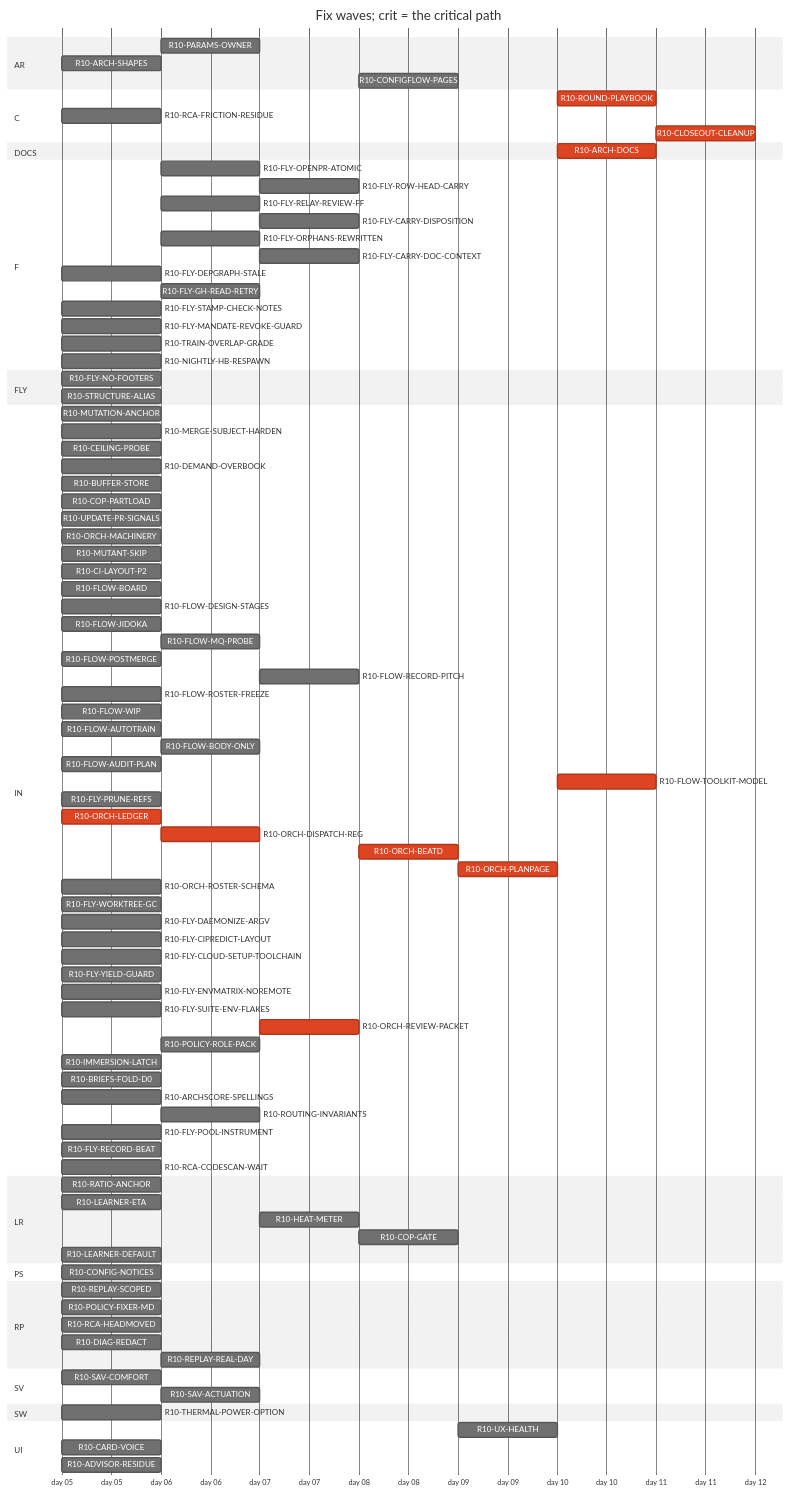
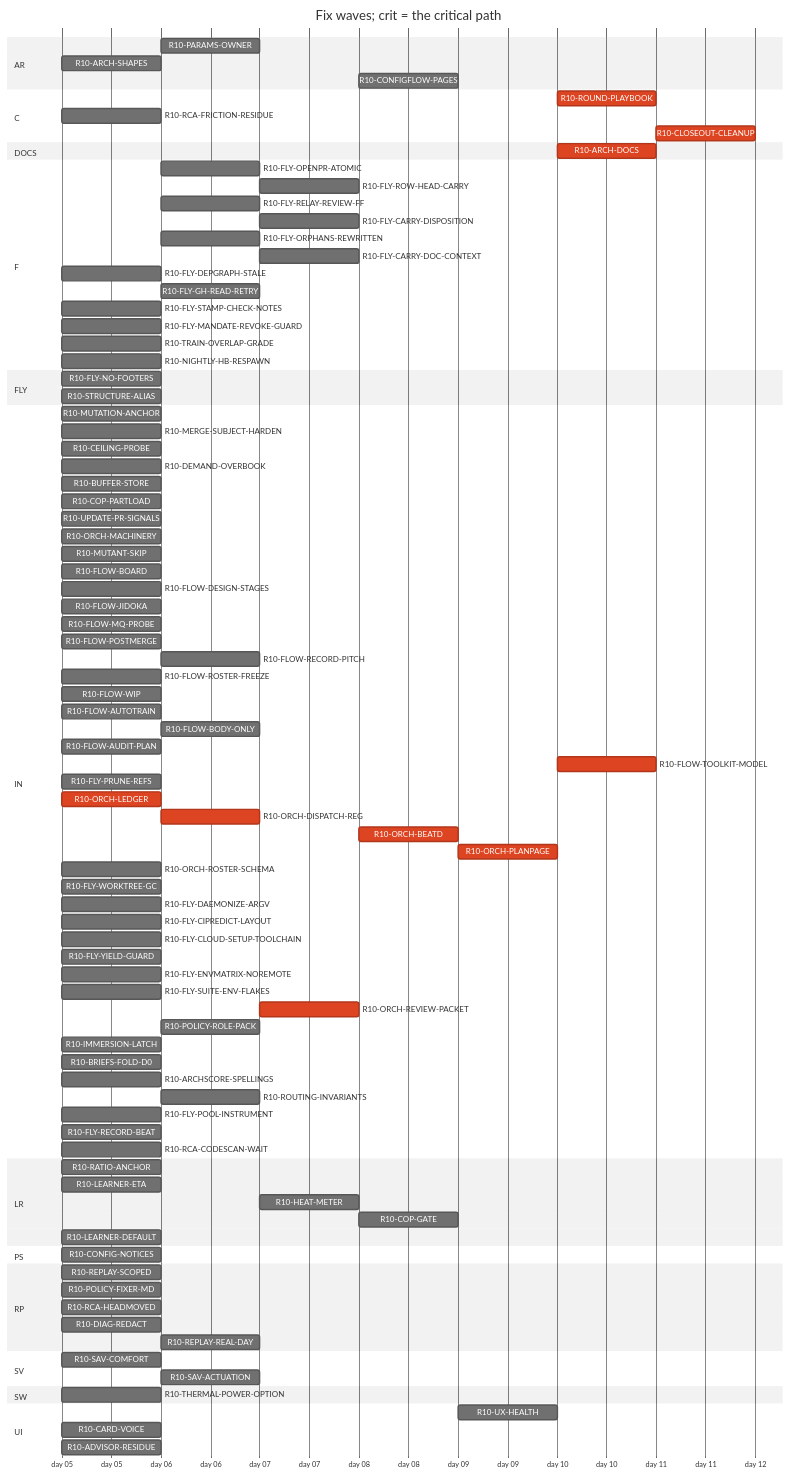
One commit to tvofi/heatpump_optimizer changed the diagram in handoff/round10/state/PLAN-TABLE.md. Above: the diagram before and after it, drawn with Mermaid (neutral theme). The commit also changed other lines of this file and 2 other files, not shown here.

```diff
--- a/handoff/round10/state/PLAN-TABLE.md
+++ b/handoff/round10/state/PLAN-TABLE.md
@@ -32,14 +32,14 @@
     R10-ARCH-SHAPES :r10ARCHSHAPES, 2026-01-05, 1d
     R10-CONFIGFLOW-PAGES :r10CONFIGFLOWPAGES, after r10HEATMETER, 1d
   section C
-    R10-ROUND-PLAYBOOK :crit, r10ROUNDPLAYBOOK, after r10FLOWAUDITPLAN r10ORCHLEDGER r10ORCHDISPATCHREG r10ORCHBEATD r10ORCHPLANPAGE r10FLOWAUTOTRAIN r10CILAYOUTP2 r10FLYRELAYREVIEWFF r10FLOWROSTERFREEZE r10FLOWBODYONLY r10ARCHDOCS, 1d
+    R10-ROUND-PLAYBOOK :crit, r10ROUNDPLAYBOOK, after r10FLOWAUDITPLAN r10ORCHLEDGER r10ORCHDISPATCHREG r10ORCHBEATD r10ORCHPLANPAGE r10FLOWAUTOTRAIN r10FLYRELAYREVIEWFF r10FLOWROSTERFREEZE r10FLOWBODYONLY r10ARCHDOCS, 1d
     R10-RCA-FRICTION-RESIDUE :r10RCAFRICTIONRESIDUE, 2026-01-05, 1d
     R10-CLOSEOUT-CLEANUP :crit, r10CLOSEOUTCLEANUP, after r10FLYPRUNEREFS r10FLYWORKTREEGC r10ARCHDOCS r10ROUNDPLAYBOOK, 1d
   section DOCS
-    R10-ARCH-DOCS :crit, r10ARCHDOCS, after r10RATIOANCHOR r10CONFIGNOTICES r10PARAMSOWNER r10ARCHSHAPES r10LEARNERETA r10HEATMETER r10COPGATE r10UXHEALTH r10CONFIGFLOWPAGES r10REPLAYSCOPED r10POLICYFIXERMD r10RCAHEADMOVED r10SAVCOMFORT r10MUTATIONANCHOR r10MERGESUBJECTHARDEN r10CEILINGPROBE r10DEMANDOVERBOOK r10BUFFERSTORE r10COPPARTLOAD r10UPDATEPRSIGNALS r10CARDVOICE r10THERMALPOWEROPTION r10LEARNERDEFAULT r10MUTANTSKIP r10CILAYOUTP2 r10FLOWBOARD r10FLOWDESIGNSTAGES r10FLOWJIDOKA r10FLOWMQPROBE r10FLOWPOSTMERGE r10FLOWRECORDPITCH r10FLOWROSTERFREEZE r10FLOWWIP r10FLOWAUTOTRAIN r10FLOWBODYONLY r10FLYOPENPRATOMIC r10FLYROWHEADCARRY r10FLOWAUDITPLAN r10FLYRELAYREVIEWFF r10FLYCARRYDISPOSITION r10FLYORPHANSREWRITTEN r10FLYCARRYDOCCONTEXT r10FLYDEPGRAPHSTALE r10FLOWTOOLKITMODEL r10FLYSTAMPCHECKNOTES r10FLYMANDATEREVOKEGUARD r10RCAFRICTIONRESIDUE r10TRAINOVERLAPGRADE r10NIGHTLYHBRESPAWN r10FLYPRUNEREFS r10ORCHLEDGER r10ORCHDISPATCHREG r10ORCHBEATD r10ORCHPLANPAGE r10ORCHROSTERSCHEMA r10FLYWORKTREEGC r10FLYDAEMONIZEARGV r10FLYCIPREDICTLAYOUT r10FLYCLOUDSETUPTOOLCHAIN r10FLYYIELDGUARD r10FLYENVMATRIXNOREMOTE r10STRUCTUREALIAS r10ORCHREVIEWPACKET r10POLICYROLEPACK r10IMMERSIONLATCH r10DIAGREDACT r10ADVISORRESIDUE r10BRIEFSFOLDD0 r10REPLAYREALDAY r10ARCHSCORESPELLINGS r10ROUTINGINVARIANTS r10SAVACTUATION r10FLYPOOLINSTRUMENT r10FLYRECORDBEAT r10RCACODESCANWAIT, 1d
+    R10-ARCH-DOCS :crit, r10ARCHDOCS, after r10RATIOANCHOR r10CONFIGNOTICES r10PARAMSOWNER r10ARCHSHAPES r10LEARNERETA r10HEATMETER r10COPGATE r10UXHEALTH r10CONFIGFLOWPAGES r10REPLAYSCOPED r10POLICYFIXERMD r10RCAHEADMOVED r10SAVCOMFORT r10MUTATIONANCHOR r10MERGESUBJECTHARDEN r10CEILINGPROBE r10DEMANDOVERBOOK r10BUFFERSTORE r10COPPARTLOAD r10UPDATEPRSIGNALS r10CARDVOICE r10THERMALPOWEROPTION r10LEARNERDEFAULT r10MUTANTSKIP r10FLOWBOARD r10FLOWDESIGNSTAGES r10FLOWJIDOKA r10FLOWMQPROBE r10FLOWPOSTMERGE r10FLOWRECORDPITCH r10FLOWROSTERFREEZE r10FLOWWIP r10FLOWAUTOTRAIN r10FLOWBODYONLY r10FLYOPENPRATOMIC r10FLYROWHEADCARRY r10FLOWAUDITPLAN r10FLYRELAYREVIEWFF r10FLYCARRYDISPOSITION r10FLYORPHANSREWRITTEN r10FLYCARRYDOCCONTEXT r10FLYDEPGRAPHSTALE r10FLOWTOOLKITMODEL r10FLYSTAMPCHECKNOTES r10FLYMANDATEREVOKEGUARD r10RCAFRICTIONRESIDUE r10TRAINOVERLAPGRADE r10NIGHTLYHBRESPAWN r10FLYPRUNEREFS r10ORCHLEDGER r10ORCHDISPATCHREG r10ORCHBEATD r10ORCHPLANPAGE r10ORCHROSTERSCHEMA r10FLYWORKTREEGC r10FLYDAEMONIZEARGV r10FLYCIPREDICTLAYOUT r10FLYCLOUDSETUPTOOLCHAIN r10FLYYIELDGUARD r10FLYENVMATRIXNOREMOTE r10STRUCTUREALIAS r10ORCHREVIEWPACKET r10POLICYROLEPACK r10IMMERSIONLATCH r10DIAGREDACT r10ADVISORRESIDUE r10BRIEFSFOLDD0 r10REPLAYREALDAY r10ARCHSCORESPELLINGS r10ROUTINGINVARIANTS r10SAVACTUATION r10FLYPOOLINSTRUMENT r10FLYRECORDBEAT r10RCACODESCANWAIT, 1d
   section F
     R10-FLY-OPENPR-ATOMIC :r10FLYOPENPRATOMIC, after r10UPDATEPRSIGNALS, 1d
-    R10-FLY-ROW-HEAD-CARRY :r10FLYROWHEADCARRY, after r10CILAYOUTP2 r10FLYOPENPRATOMIC r10FLOWMQPROBE, 1d
+    R10-FLY-ROW-HEAD-CARRY :r10FLYROWHEADCARRY, after r10FLYOPENPRATOMIC r10FLOWMQPROBE, 1d
     R10-FLY-RELAY-REVIEW-FF :r10FLYRELAYREVIEWFF, after r10UPDATEPRSIGNALS, 1d
     R10-FLY-CARRY-DISPOSITION :r10FLYCARRYDISPOSITION, after r10FLYORPHANSREWRITTEN, 1d
     R10-FLY-ORPHANS-REWRITTEN :r10FLYORPHANSREWRITTEN, after r10UPDATEPRSIGNALS, 1d
@@ -63,13 +63,12 @@
     R10-UPDATE-PR-SIGNALS :r10UPDATEPRSIGNALS, 2026-01-05, 1d
     R10-ORCH-MACHINERY :r10ORCHMACHINERY, 2026-01-05, 1d
     R10-MUTANT-SKIP :r10MUTANTSKIP, 2026-01-05, 1d
-    R10-CI-LAYOUT-P2 :r10CILAYOUTP2, 2026-01-05, 1d
     R10-FLOW-BOARD :r10FLOWBOARD, 2026-01-05, 1d
     R10-FLOW-DESIGN-STAGES :r10FLOWDESIGNSTAGES, 2026-01-05, 1d
     R10-FLOW-JIDOKA :r10FLOWJIDOKA, 2026-01-05, 1d
-    R10-FLOW-MQ-PROBE :r10FLOWMQPROBE, after r10CILAYOUTP2, 1d
+    R10-FLOW-MQ-PROBE :r10FLOWMQPROBE, 2026-01-05, 1d
     R10-FLOW-POSTMERGE :r10FLOWPOSTMERGE, 2026-01-05, 1d
-    R10-FLOW-RECORD-PITCH :r10FLOWRECORDPITCH, after r10CILAYOUTP2 r10FLOWMQPROBE, 1d
+    R10-FLOW-RECORD-PITCH :r10FLOWRECORDPITCH, after r10FLOWMQPROBE, 1d
     R10-FLOW-ROSTER-FREEZE :r10FLOWROSTERFREEZE, 2026-01-05, 1d
     R10-FLOW-WIP :r10FLOWWIP, 2026-01-05, 1d
     R10-FLOW-AUTOTRAIN :r10FLOWAUTOTRAIN, 2026-01-05, 1d
```
